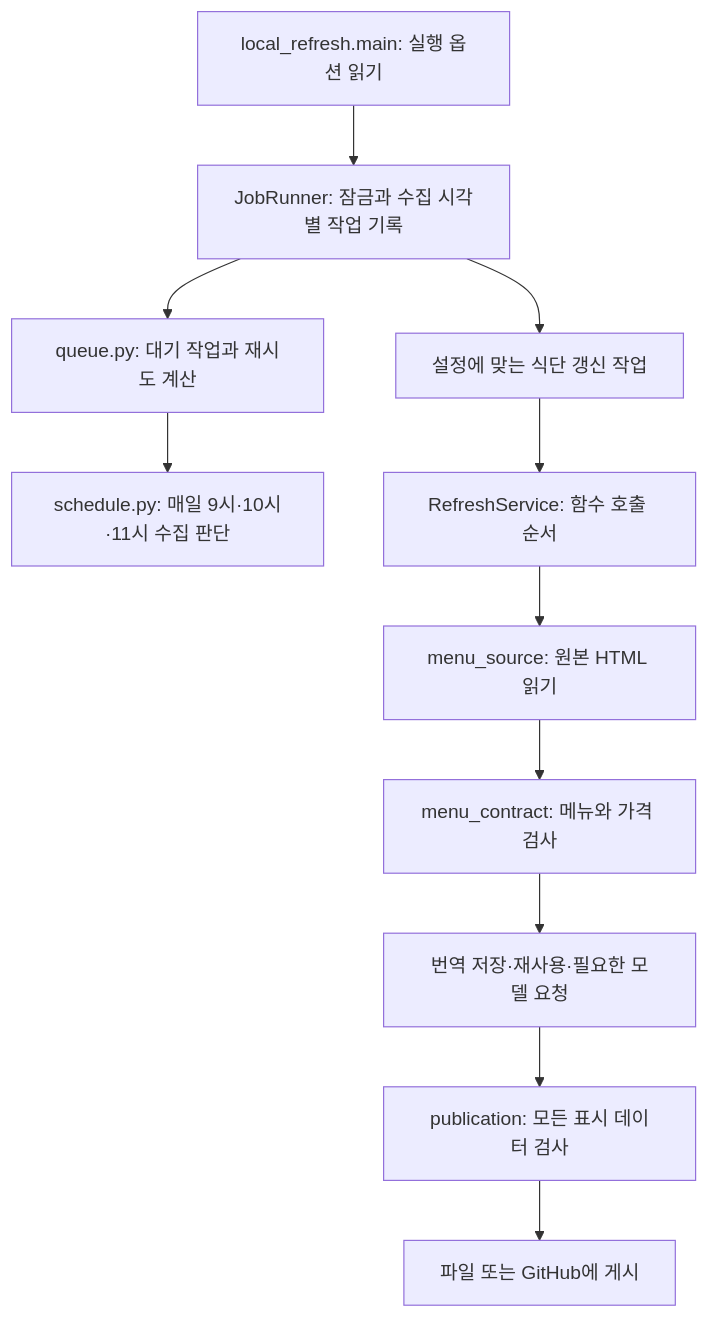
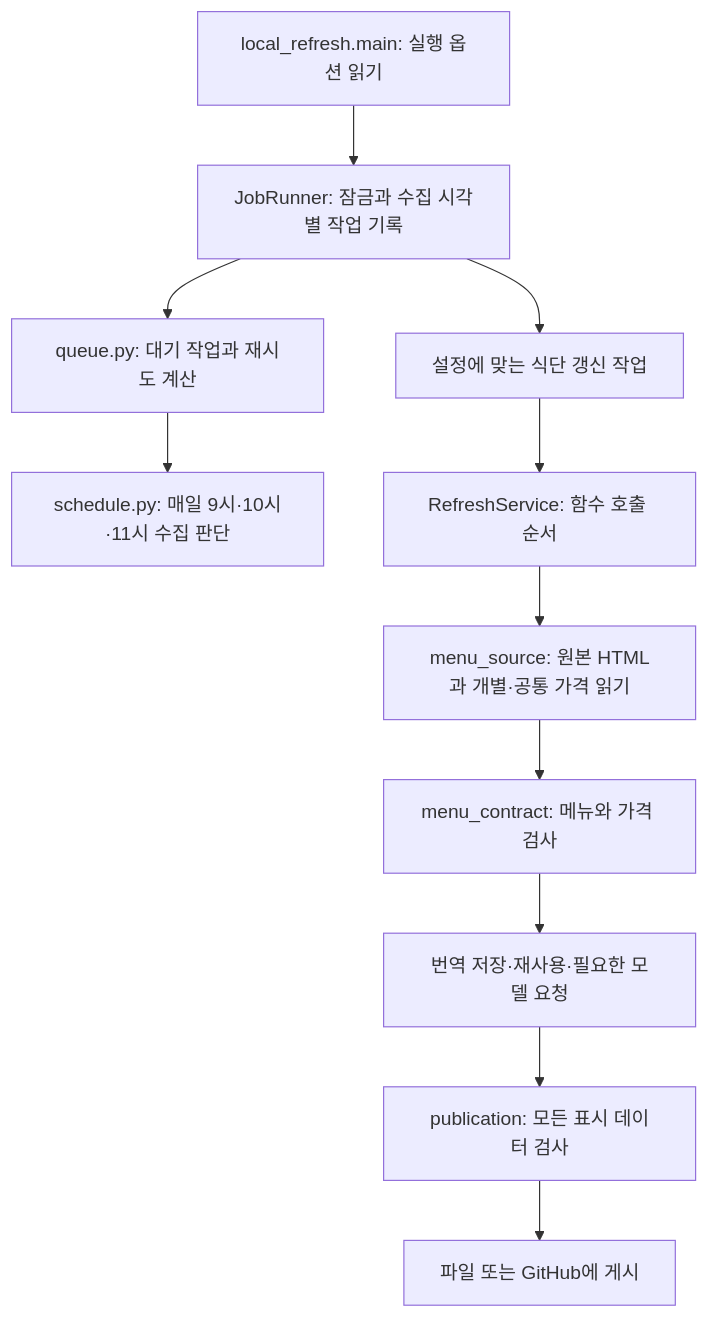
One commit to garlicvread/2026_KIST_EU_accelerating_MENSA_menu_lookup changed the diagram in docs/architecture.md. Above: the diagram before and after it, drawn with Mermaid. The commit also changed other lines of this file and 8 other files, not shown here.

````diff
--- a/docs/architecture.md
+++ b/docs/architecture.md
@@ -21,13 +21,13 @@
 ```mermaid
 flowchart TD
   Entry[local_refresh.main: 실행 옵션 읽기] --> Runner[JobRunner: 잠금과 수집 시각별 작업 기록]
   Runner --> Queue[queue.py: 대기 작업과 재시도 계산]
   Queue --> Schedule[schedule.py: 매일 9시·10시·11시 수집 판단]
   Runner --> Job[설정에 맞는 식단 갱신 작업]
   Job --> Service[RefreshService: 함수 호출 순서]
-  Service --> Source[menu_source: 원본 HTML 읽기]
+  Service --> Source[menu_source: 원본 HTML과 개별·공통 가격 읽기]
   Source --> Check[menu_contract: 메뉴와 가격 검사]
   Check --> Translate[번역 저장·재사용·필요한 모델 요청]
   Translate --> Complete[publication: 모든 표시 데이터 검사]
   Complete --> Publish[파일 또는 GitHub에 게시]
 ```
````
